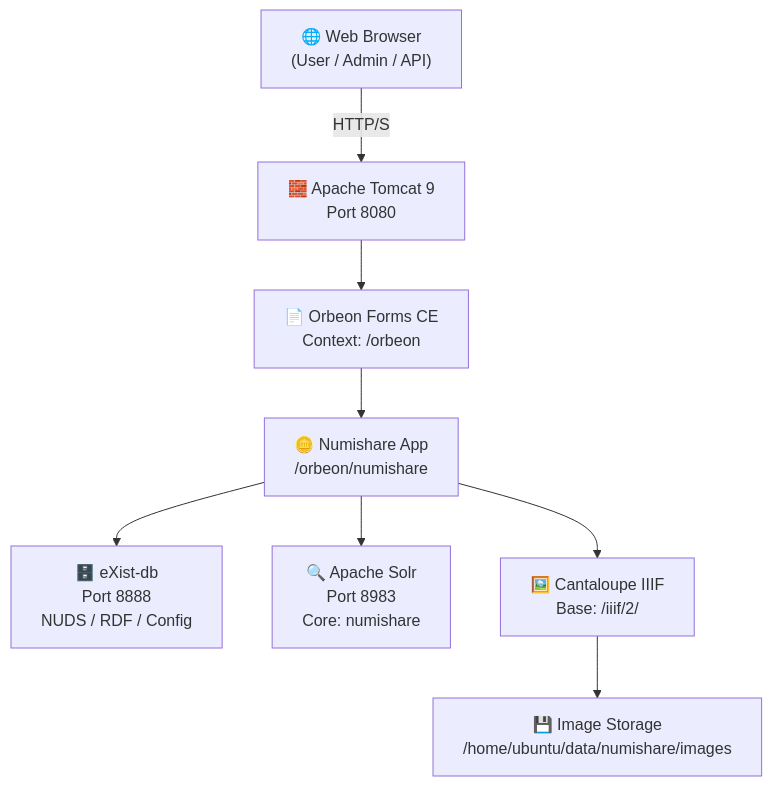
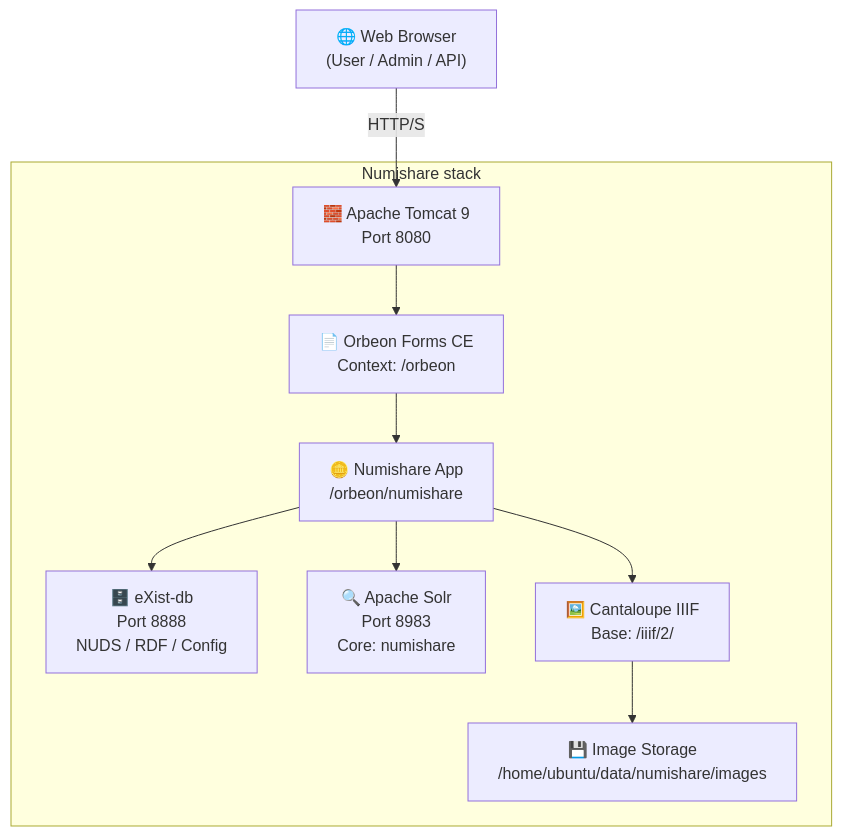
One commit to iramat/iramat-dev changed the diagram in dbs/almacir/README.md. Above: the diagram before and after it, drawn with Mermaid.

Commit message:
Added diagram Numishare+

````diff
--- a/dbs/almacir/README.md
+++ b/dbs/almacir/README.md
@@ -6,19 +6,21 @@
 ```mermaid
 flowchart TB
     Browser["🌐 Web Browser<br/>(User / Admin / API)"]
-    Tomcat["🧱 Apache Tomcat 9<br/>Port 8080"]
-    Orbeon["📄 Orbeon Forms CE<br/>Context: /orbeon"]
-    Numishare["🪙 Numishare App<br/>/orbeon/numishare"]
-    Exist["🗄️ eXist-db<br/>Port 8888<br/>NUDS / RDF / Config"]
-    Solr["🔍 Apache Solr<br/>Port 8983<br/>Core: numishare"]
-    Cantaloupe["🖼️ Cantaloupe IIIF<br/>Base: /iiif/2/"]
-    Images["💾 Image Storage<br/>/home/ubuntu/data/numishare/images"]
+	subgraph Numishare stack
+    	Tomcat["🧱 Apache Tomcat 9<br/>Port 8080"]
+    	Orbeon["📄 Orbeon Forms CE<br/>Context: /orbeon"]
+    	Numishare["🪙 Numishare App<br/>/orbeon/numishare"]
+   		Exist["🗄️ eXist-db<br/>Port 8888<br/>NUDS / RDF / Config"]
+    	Solr["🔍 Apache Solr<br/>Port 8983<br/>Core: numishare"]
+    	Cantaloupe["🖼️ Cantaloupe IIIF<br/>Base: /iiif/2/"]
+    	Images["💾 Image Storage<br/>/home/ubuntu/data/numishare/images"]
+	end
 
     Browser -->|HTTP/S| Tomcat
     Tomcat --> Orbeon
     Orbeon --> Numishare
     Numishare --> Exist
     Numishare --> Solr
     Numishare --> Cantaloupe
     Cantaloupe --> Images
 ```
````
